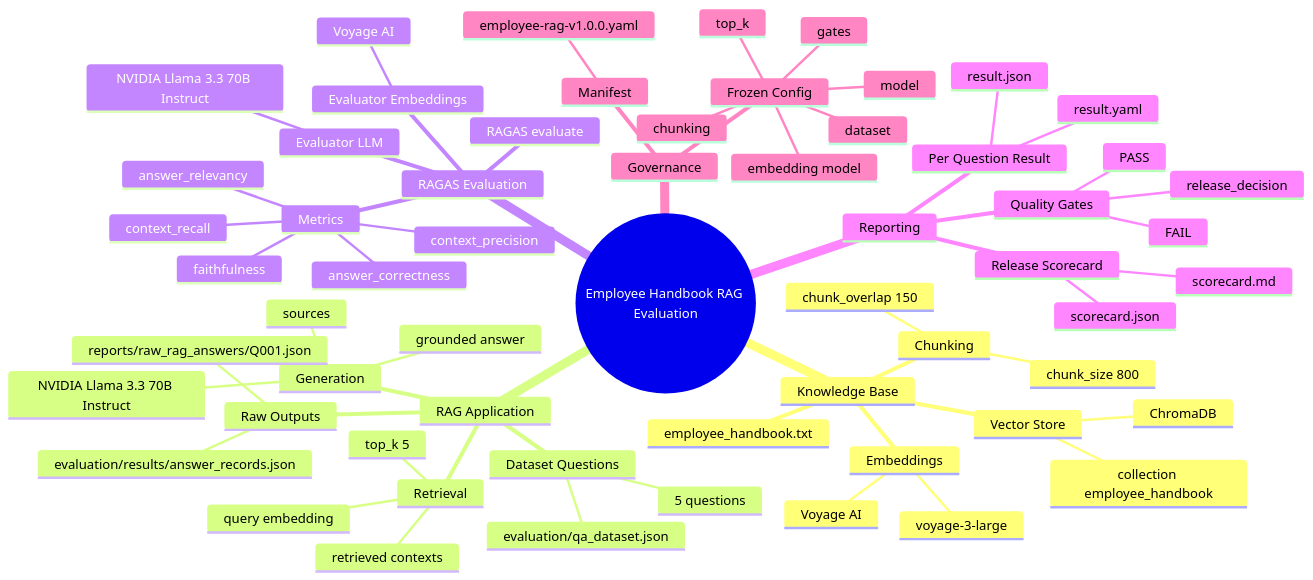
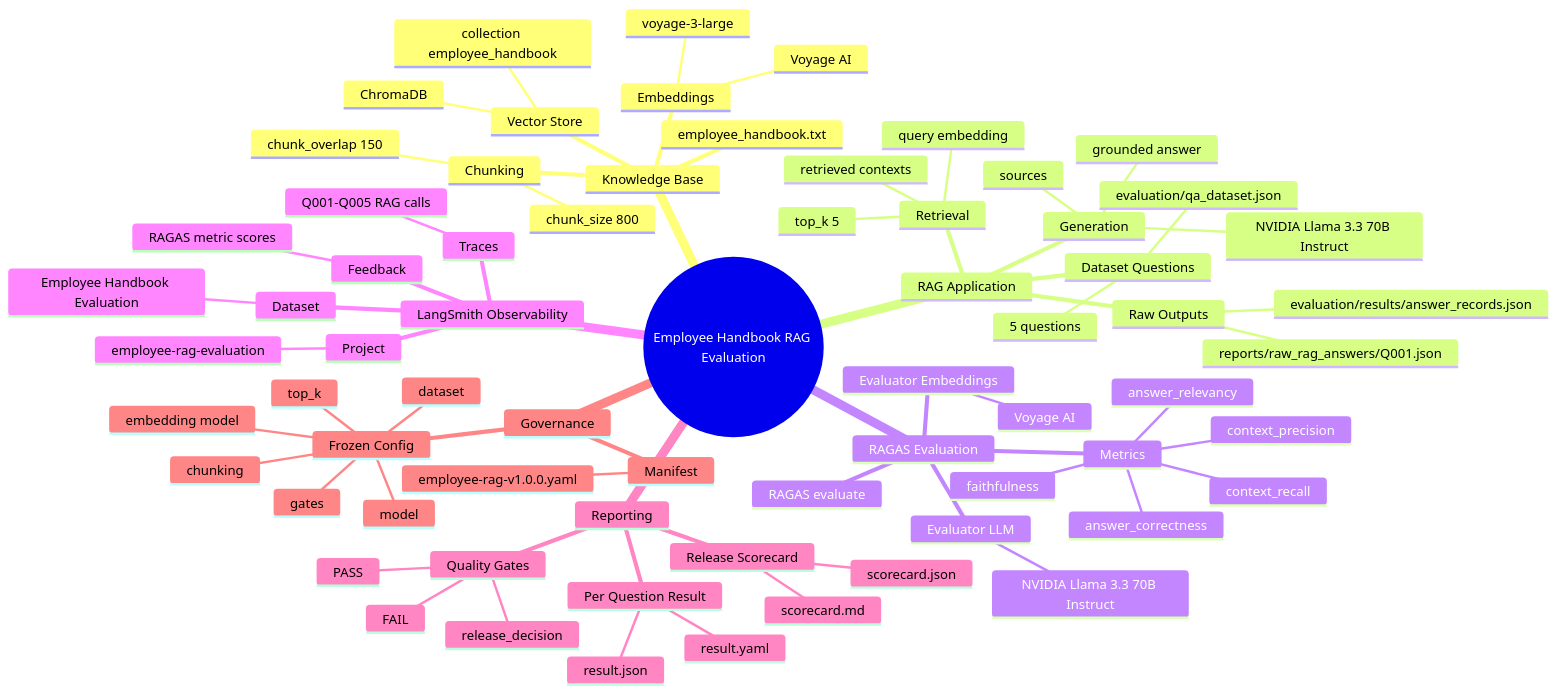
Before and after one commit to gajapriyanagulraj/ragas-eval: the first of 4 diagrams in ARCHITECTURE_FLOW.md, drawn with Mermaid. The commit also changed other lines of this file and 9 other files, not shown here.

Commit message:
Add LangSmith observability layer

````diff
--- a/ARCHITECTURE_FLOW.md
+++ b/ARCHITECTURE_FLOW.md
@@ -7,63 +7,72 @@
 ```mermaid
 mindmap
   root((Employee Handbook RAG Evaluation))
     Knowledge Base
       employee_handbook.txt
       Chunking
         chunk_size 800
         chunk_overlap 150
       Embeddings
         Voyage AI
         voyage-3-large
       Vector Store
         ChromaDB
         collection employee_handbook
     RAG Application
       Dataset Questions
         evaluation/qa_dataset.json
         5 questions
       Retrieval
         query embedding
         top_k 5
         retrieved contexts
       Generation
         NVIDIA Llama 3.3 70B Instruct
         grounded answer
         sources
       Raw Outputs
         reports/raw_rag_answers/Q001.json
         evaluation/results/answer_records.json
     RAGAS Evaluation
       RAGAS evaluate
       Evaluator LLM
         NVIDIA Llama 3.3 70B Instruct
       Evaluator Embeddings
         Voyage AI
       Metrics
         context_precision
         context_recall
         faithfulness
         answer_relevancy
         answer_correctness
+    LangSmith Observability
+      Project
+        employee-rag-evaluation
+      Traces
+        Q001-Q005 RAG calls
+      Feedback
+        RAGAS metric scores
+      Dataset
+        Employee Handbook Evaluation
     Reporting
       Per Question Result
         result.json
         result.yaml
       Release Scorecard
         scorecard.json
         scorecard.md
       Quality Gates
         PASS
         FAIL
         release_decision
     Governance
       Manifest
         employee-rag-v1.0.0.yaml
       Frozen Config
         model
         embedding model
         chunking
         top_k
         dataset
         gates
 ```
````
